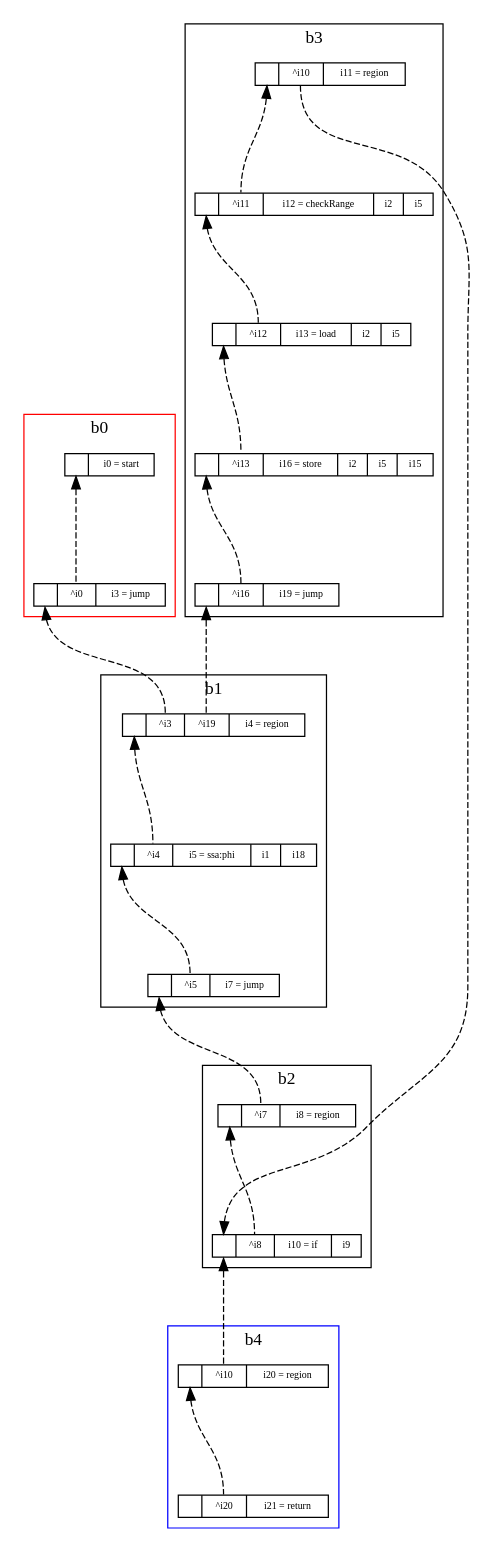
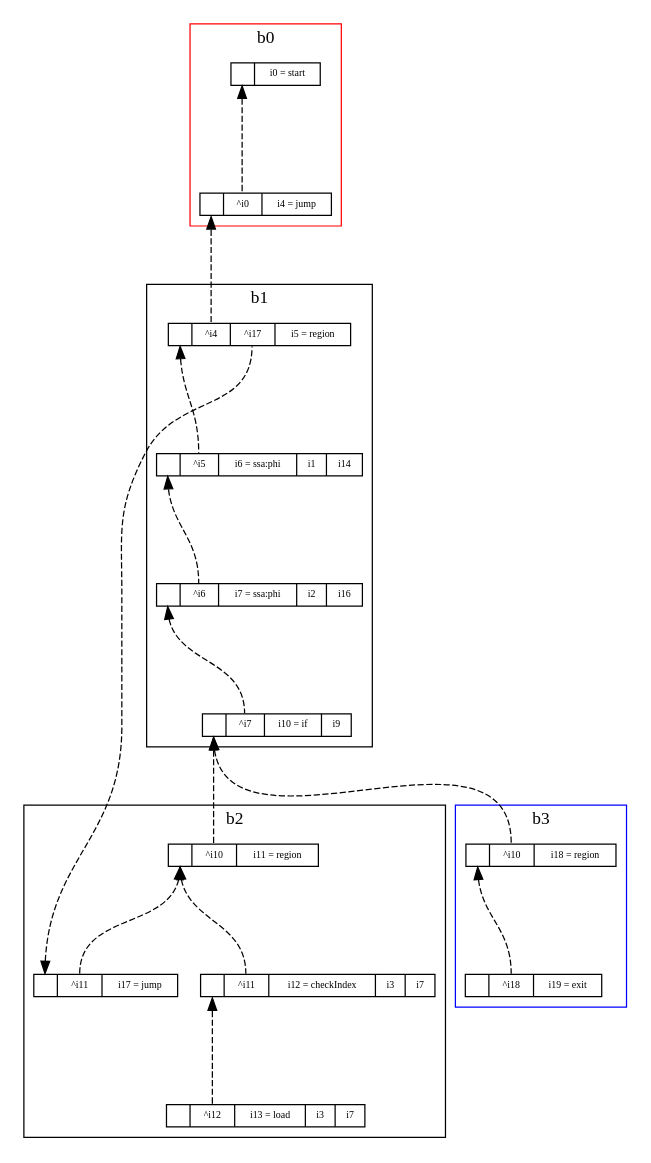
Before and after one commit to indutny/blog.ng: the diagram in src/graphviz/control-flow-sea.gv, drawn with Graphviz. The commit also changed 7 other files, not shown here.

```diff
--- a/src/graphviz/control-flow-sea.gv
+++ b/src/graphviz/control-flow-sea.gv
@@ -1,95 +1,82 @@
 digraph {
 node [fontsize=8,height=0.25]
 rankdir="TB"
 ranksep="1.2 equally"
 overlap="false"
 splines="true"
 concentrate="true"
 subgraph cluster0 {
   label = "b0"
   color = "red"
   N0 [
     shape="record"
     label="{{<CS>|<S> i0 = start}}"
   ]
-  N3 [
+  N4 [
     shape="record"
-    label="{{<CS>|<C0> ^i0|<S> i3 = jump}}"
+    label="{{<CS>|<C0> ^i0|<S> i4 = jump}}"
   ]
 }
 subgraph cluster1 {
   label = "b1"
-  N4 [
-    shape="record"
-    label="{{<CS>|<C0> ^i3|<C1> ^i19|<S> i4 = region}}"
-  ]
   N5 [
     shape="record"
-    label="{{<CS>|<C0> ^i4|<S> i5 = ssa\:phi|<I0> i1|<I1> i18}}"
+    label="{{<CS>|<C0> ^i4|<C1> ^i17|<S> i5 = region}}"
+  ]
+  N6 [
+    shape="record"
+    label="{{<CS>|<C0> ^i5|<S> i6 = ssa\:phi|<I0> i1|<I1> i14}}"
   ]
   N7 [
     shape="record"
-    label="{{<CS>|<C0> ^i5|<S> i7 = jump}}"
+    label="{{<CS>|<C0> ^i6|<S> i7 = ssa\:phi|<I0> i2|<I1> i16}}"
+  ]
+  N10 [
+    shape="record"
+    label="{{<CS>|<C0> ^i7|<S> i10 = if|<I0> i9}}"
   ]
 }
 subgraph cluster2 {
   label = "b2"
-  N8 [
-    shape="record"
-    label="{{<CS>|<C0> ^i7|<S> i8 = region}}"
-  ]
-  N10 [
-    shape="record"
-    label="{{<CS>|<C0> ^i8|<S> i10 = if|<I0> i9}}"
-  ]
-}
-subgraph cluster3 {
-  label = "b3"
   N11 [
     shape="record"
     label="{{<CS>|<C0> ^i10|<S> i11 = region}}"
   ]
   N12 [
     shape="record"
-    label="{{<CS>|<C0> ^i11|<S> i12 = checkRange|<I0> i2|<I1> i5}}"
+    label="{{<CS>|<C0> ^i11|<S> i12 = checkIndex|<I0> i3|<I1> i7}}"
   ]
   N13 [
     shape="record"
-    label="{{<CS>|<C0> ^i12|<S> i13 = load|<I0> i2|<I1> i5}}"
+    label="{{<CS>|<C0> ^i12|<S> i13 = load|<I0> i3|<I1> i7}}"
   ]
-  N16 [
+  N17 [
     shape="record"
-    label="{{<CS>|<C0> ^i13|<S> i16 = store|<I0> i2|<I1> i5|<I2> i15}}"
+    label="{{<CS>|<C0> ^i11|<S> i17 = jump}}"
+  ]
+}
+subgraph cluster3 {
+  label = "b3"
+  color = "blue"
+  N18 [
+    shape="record"
+    label="{{<CS>|<C0> ^i10|<S> i18 = region}}"
   ]
   N19 [
     shape="record"
-    label="{{<CS>|<C0> ^i16|<S> i19 = jump}}"
+    label="{{<CS>|<C0> ^i18|<S> i19 = exit}}"
   ]
 }
-subgraph cluster4 {
-  label = "b4"
-  color = "blue"
-  N20 [
-    shape="record"
-    label="{{<CS>|<C0> ^i10|<S> i20 = region}}"
-  ]
-  N21 [
-    shape="record"
-    label="{{<CS>|<C0> ^i20|<S> i21 = return}}"
-  ]
-}
-N0:CS -> N3:C0 [dir=back, style=dashed]
-N3:CS -> N4:C0 [dir=back, style=dashed]
-N19:CS -> N4:C1 [dir=back, style=dashed]
+N0:CS -> N4:C0 [dir=back, style=dashed]
 N4:CS -> N5:C0 [dir=back, style=dashed]
-N5:CS -> N7:C0 [dir=back, style=dashed]
-N7:CS -> N8:C0 [dir=back, style=dashed]
-N8:CS -> N10:C0 [dir=back, style=dashed]
+N17:CS -> N5:C1 [dir=back, style=dashed]
+N5:CS -> N6:C0 [dir=back, style=dashed]
+N6:CS -> N7:C0 [dir=back, style=dashed]
+N7:CS -> N10:C0 [dir=back, style=dashed]
 N10:CS -> N11:C0 [dir=back, style=dashed]
 N11:CS -> N12:C0 [dir=back, style=dashed]
 N12:CS -> N13:C0 [dir=back, style=dashed]
-N13:CS -> N16:C0 [dir=back, style=dashed]
-N16:CS -> N19:C0 [dir=back, style=dashed]
-N10:CS -> N20:C0 [dir=back, style=dashed]
-N20:CS -> N21:C0 [dir=back, style=dashed]
+N11:CS -> N17:C0 [dir=back, style=dashed]
+N10:CS -> N18:C0 [dir=back, style=dashed]
+N18:CS -> N19:C0 [dir=back, style=dashed]
 }
```
